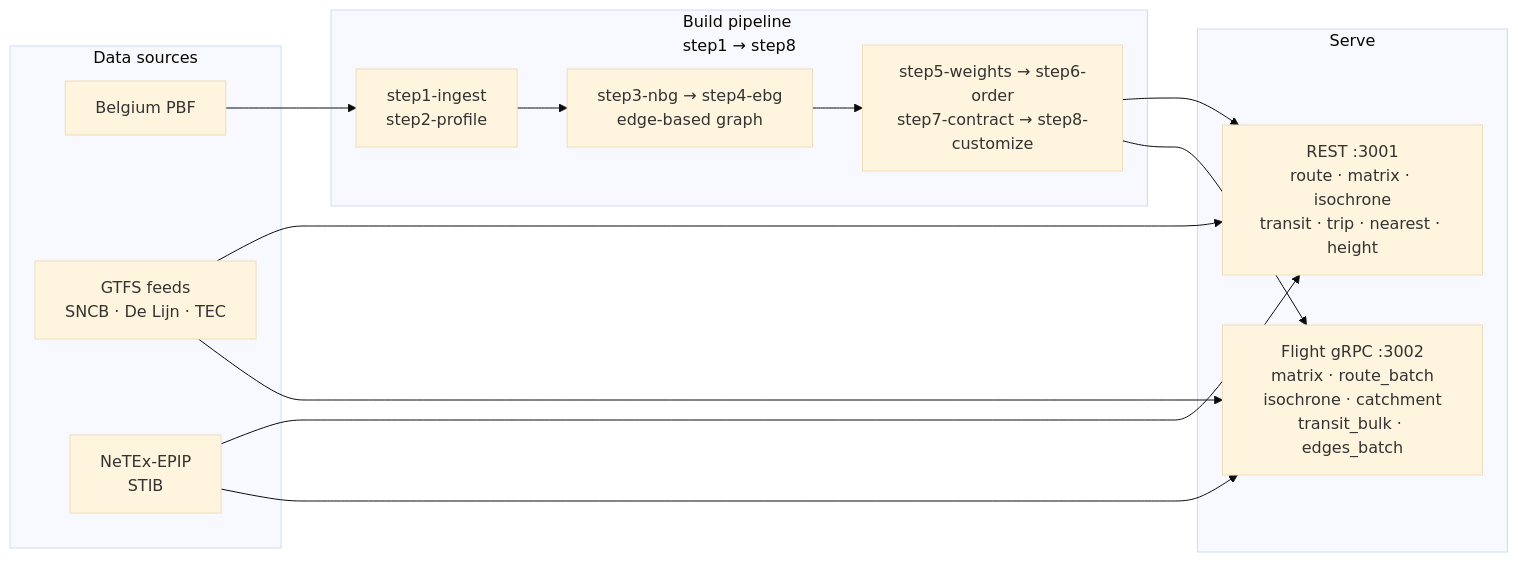
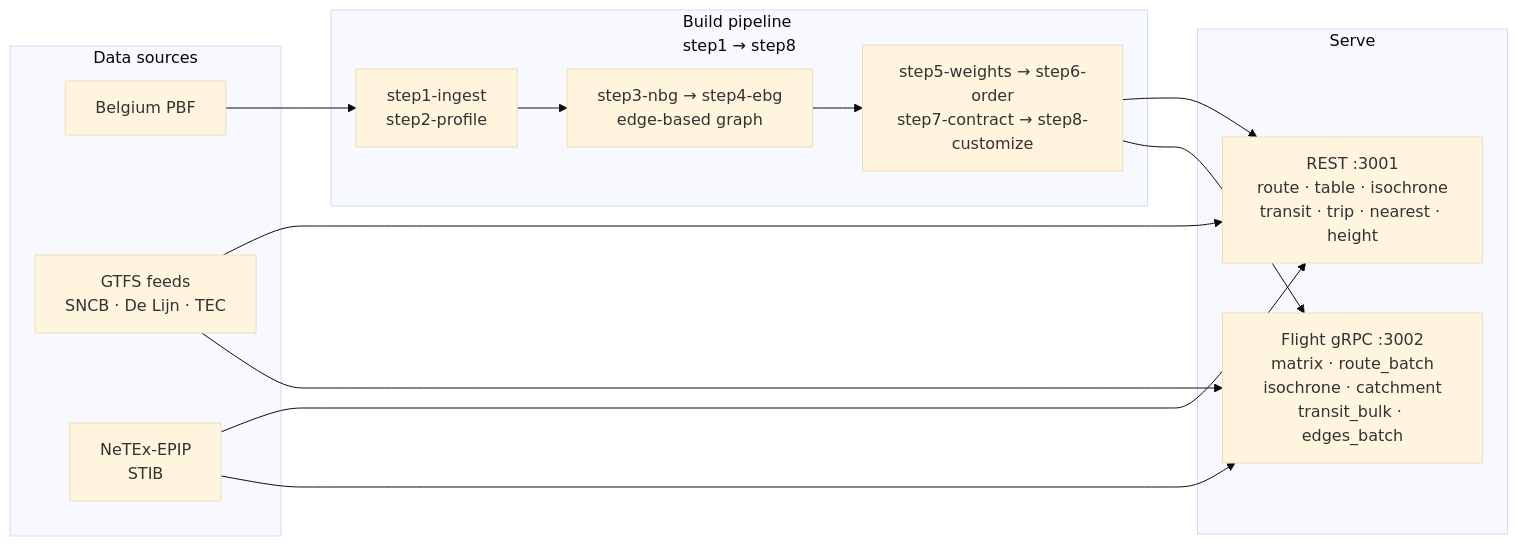
Before and after one commit to butterfly-osm/butterfly-osm: the diagram in README.md, drawn with Mermaid (base theme). The commit also changed 1 other file, not shown here.

Commit message:
docs: address PR #264 review feedback (2 inline fixes) (#265)
Two issues Copilot flagged on PR #264, both fixed.

## docs/quickstart.md

"No pre-built images are published yet" + "The published runtime
layer is ~200 MB" was internally inconsistent — nothing is
"published" if no images are published. Reworded to "locally-built
runtime layer is ~200 MB".

## README.md

The Architecture Mermaid diagram still listed `matrix` as a REST
endpoint inside the `REST :3001` subgraph, even though the prose was
already corrected to `POST /table` in PR #264. The diagram now reads
`route · table · isochrone · ...` to match the actual router. Flight
`matrix` action label stays — it's correctly named on the gRPC side.

````diff
--- a/README.md
+++ b/README.md
@@ -127,26 +127,26 @@
 ```mermaid
 flowchart LR
     subgraph data[Data sources]
         PBF[Belgium PBF]
         GTFS[GTFS feeds<br/>SNCB · De Lijn · TEC]
         NETEX[NeTEx-EPIP<br/>STIB]
     end
 
     subgraph pipeline[Build pipeline<br/>step1 → step8]
         ING[step1-ingest<br/>step2-profile]
         EBG[step3-nbg → step4-ebg<br/>edge-based graph]
         CCH[step5-weights → step6-order<br/>step7-contract → step8-customize]
     end
 
     subgraph serve[Serve]
-        REST[REST :3001<br/>route · matrix · isochrone<br/>transit · trip · nearest · height]
+        REST[REST :3001<br/>route · table · isochrone<br/>transit · trip · nearest · height]
         FLIGHT[Flight gRPC :3002<br/>matrix · route_batch<br/>isochrone · catchment<br/>transit_bulk · edges_batch]
     end
 
     PBF --> ING --> EBG --> CCH --> REST
     CCH --> FLIGHT
     GTFS --> REST
     NETEX --> REST
     GTFS --> FLIGHT
     NETEX --> FLIGHT
 ```
````
